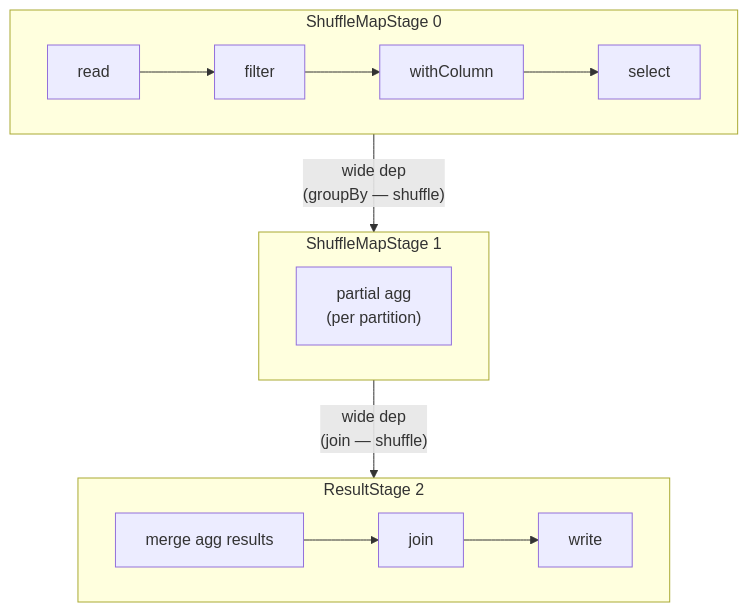
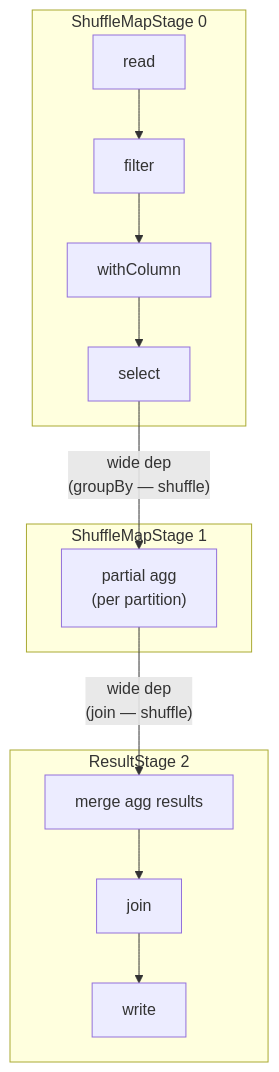
The fifth of 20 diagrams in docs/spark-book/ch01-spark-architecture.md (arindamchoudhury/spark-gyan), drawn with Mermaid before and after one commit. The commit also changed other lines of this file and 6 other files, not shown here.

````diff
--- a/docs/spark-book/ch01-spark-architecture.md
+++ b/docs/spark-book/ch01-spark-architecture.md
@@ -195,18 +195,15 @@
 ```mermaid
 flowchart TD
     subgraph Stage0["ShuffleMapStage 0"]
-        direction LR
         R["read"] --> F1["filter"] --> W["withColumn"] --> F2["select"]
     end
     subgraph Stage1["ShuffleMapStage 1"]
-        direction LR
         PA["partial agg\n(per partition)"]
     end
     subgraph Stage2["ResultStage 2"]
-        direction LR
         MA["merge agg results"] --> J["join"] --> Out["write"]
     end
 
     F2 -->|"wide dep\n(groupBy — shuffle)"| PA
     PA -->|"wide dep\n(join — shuffle)"| MA
 ```
````
